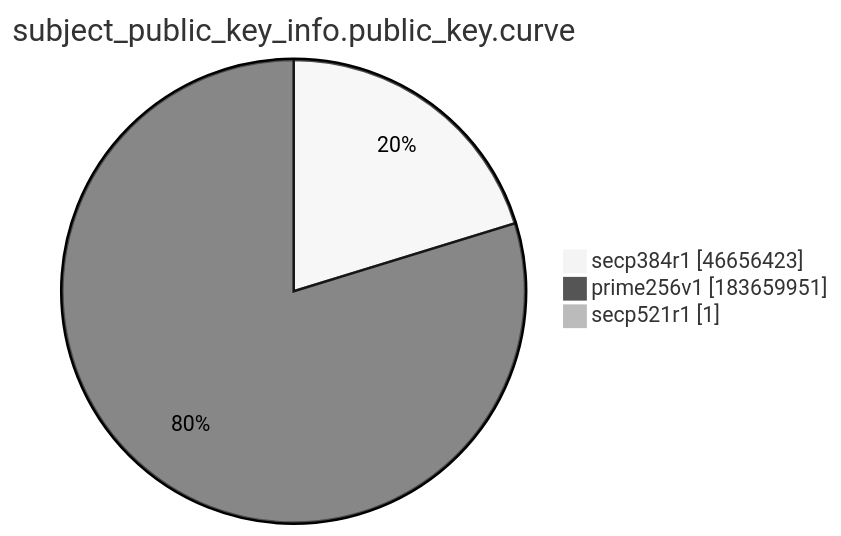
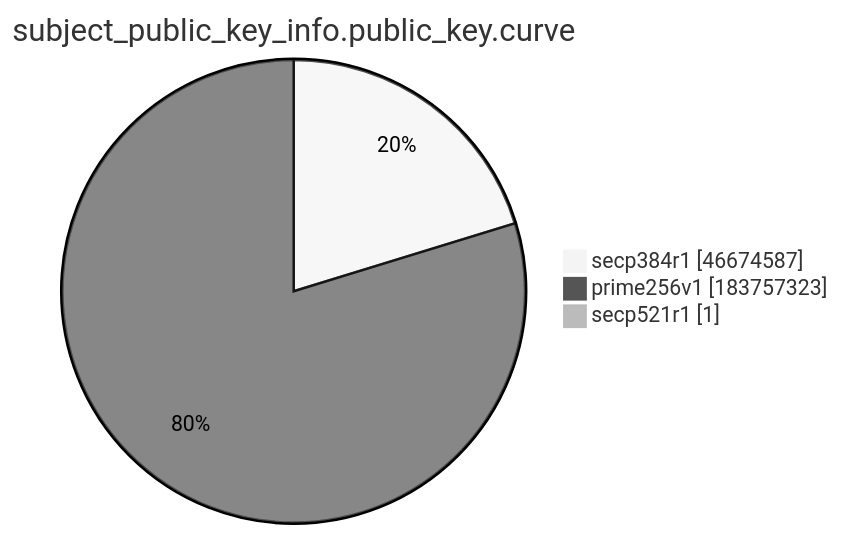
One commit to christiankrug/ctmonitor_visualization changed the ninth of 15 diagrams in xenon2022/README.md. Above: the diagram before and after it, drawn with Mermaid (neutral theme). The commit also changed other lines of this file, not shown here.

````diff
--- a/xenon2022/README.md
+++ b/xenon2022/README.md
@@ -2874,7 +2874,7 @@
 ```mermaid
 pie showData
 title subject_public_key_info.public_key.curve
-"secp384r1" :46656423
-"prime256v1" :183659951
+"secp384r1" :46674587
+"prime256v1" :183757323
 "secp521r1" :1
 ```
````
